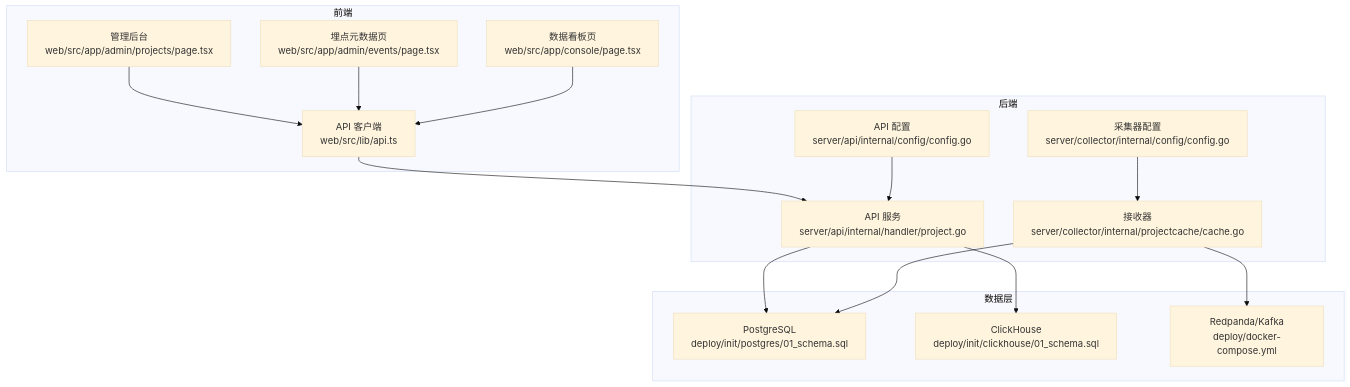
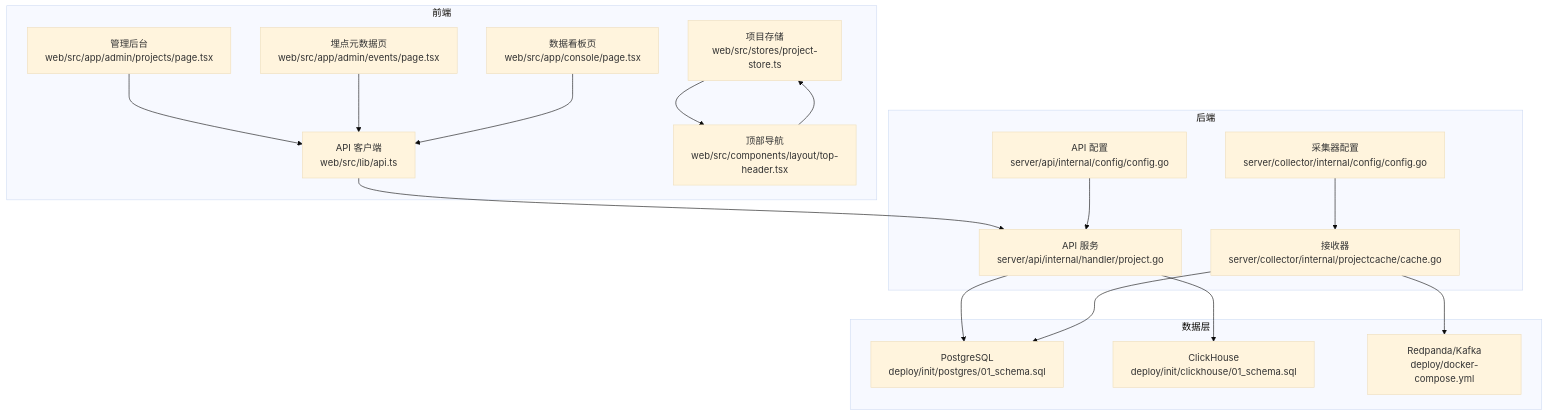
The first of 9 diagrams in .qoder/repowiki/zh/content/Web控制台/项目管理功能.md (zhen-zhong/AeroLog), drawn with Mermaid (base theme) before and after one commit. The commit also changed other lines of this file and 72 other files, not shown here.

````diff
--- a/.qoder/repowiki/zh/content/Web控制台/项目管理功能.md
+++ b/.qoder/repowiki/zh/content/Web控制台/项目管理功能.md
@@ -42,30 +55,34 @@
 ```mermaid
 graph TB
 subgraph "前端"
 W1["管理后台<br/>web/src/app/admin/projects/page.tsx"]
 W2["埋点元数据页<br/>web/src/app/admin/events/page.tsx"]
 W3["数据看板页<br/>web/src/app/console/page.tsx"]
 API["API 客户端<br/>web/src/lib/api.ts"]
+PS["项目存储<br/>web/src/stores/project-store.ts"]
+TS["顶部导航<br/>web/src/components/layout/top-header.tsx"]
 end
 subgraph "后端"
 A1["API 服务<br/>server/api/internal/handler/project.go"]
 C1["接收器<br/>server/collector/internal/projectcache/cache.go"]
 CFG1["API 配置<br/>server/api/internal/config/config.go"]
 CFG2["采集器配置<br/>server/collector/internal/config/config.go"]
 end
 subgraph "数据层"
 PG["PostgreSQL<br/>deploy/init/postgres/01_schema.sql"]
 CH["ClickHouse<br/>deploy/init/clickhouse/01_schema.sql"]
 RP["Redpanda/Kafka<br/>deploy/docker-compose.yml"]
 end
 W1 --> API
 W2 --> API
 W3 --> API
 API --> A1
 A1 --> PG
 A1 --> CH
 C1 --> PG
 C1 --> RP
 CFG1 --> A1
 CFG2 --> C1
+TS --> PS
+PS --> TS
 ```
````
